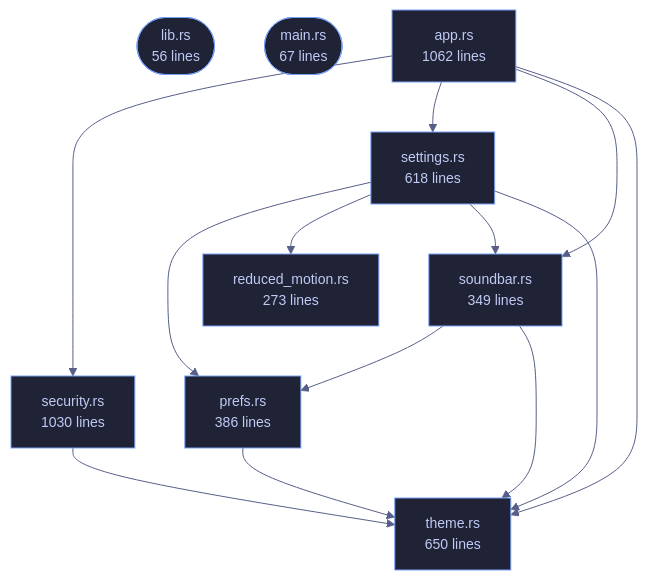
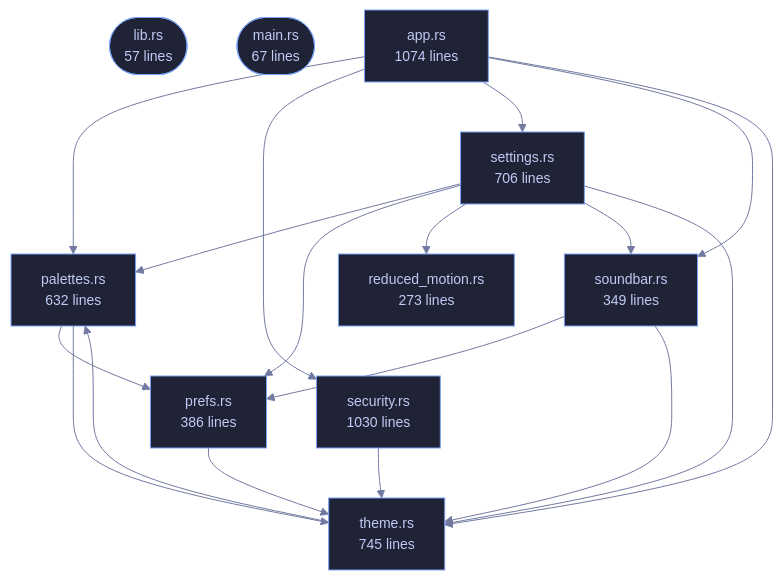
Before and after one commit to tilas01/veilvoice: the diagram in wiki/Crate-veilvoice-gui.md, drawn with Mermaid. The commit also changed other lines of this file and 305 other files, not shown here.

````diff
--- a/wiki/Crate-veilvoice-gui.md
+++ b/wiki/Crate-veilvoice-gui.md
@@ -57,25 +57,31 @@
 ```mermaid
-%%{init: {"theme":"base","themeVariables":{"background":"#1a1b26","primaryColor":"#1f2335","primaryTextColor":"#c0caf5","primaryBorderColor":"#7aa2f7","secondaryColor":"#16161e","tertiaryColor":"#16161e","lineColor":"#565f89","textColor":"#c0caf5","mainBkg":"#1f2335","nodeBorder":"#7aa2f7","clusterBkg":"#16161e","clusterBorder":"#2f3549","fontFamily":"ui-monospace, SFMono-Regular, Consolas, monospace","fontSize":"14px"}}}%%
+%%{init: {"theme":"base","themeVariables":{"background":"#1a1b26","primaryColor":"#1f2335","primaryTextColor":"#c0caf5","primaryBorderColor":"#7aa2f7","secondaryColor":"#16161e","tertiaryColor":"#16161e","lineColor":"#737aa2","textColor":"#c0caf5","mainBkg":"#1f2335","nodeBorder":"#7aa2f7","clusterBkg":"#16161e","clusterBorder":"#2f3549","fontFamily":"ui-monospace, SFMono-Regular, Consolas, monospace","fontSize":"14px"}}}%%
 flowchart TD
-    n_lib(["lib.rs<br/>56 lines"])
+    n_lib(["lib.rs<br/>57 lines"])
     n_main(["main.rs<br/>67 lines"])
-    n_app["app.rs<br/>1062 lines"]
+    n_app["app.rs<br/>1074 lines"]
+    n_palettes["palettes.rs<br/>632 lines"]
     n_prefs["prefs.rs<br/>386 lines"]
     n_reduced_motion["reduced_motion.rs<br/>273 lines"]
     n_security["security.rs<br/>1030 lines"]
-    n_settings["settings.rs<br/>618 lines"]
+    n_settings["settings.rs<br/>706 lines"]
     n_soundbar["soundbar.rs<br/>349 lines"]
-    n_theme["theme.rs<br/>650 lines"]
+    n_theme["theme.rs<br/>745 lines"]
+    n_app --> n_palettes
     n_app --> n_security
     n_app --> n_settings
     n_app --> n_soundbar
     n_app --> n_theme
+    n_palettes --> n_prefs
+    n_palettes --> n_theme
     n_prefs --> n_theme
     n_security --> n_theme
+    n_settings --> n_palettes
     n_settings --> n_prefs
     n_settings --> n_reduced_motion
     n_settings --> n_soundbar
     n_settings --> n_theme
     n_soundbar --> n_prefs
     n_soundbar --> n_theme
+    n_theme --> n_palettes
 ```
````
